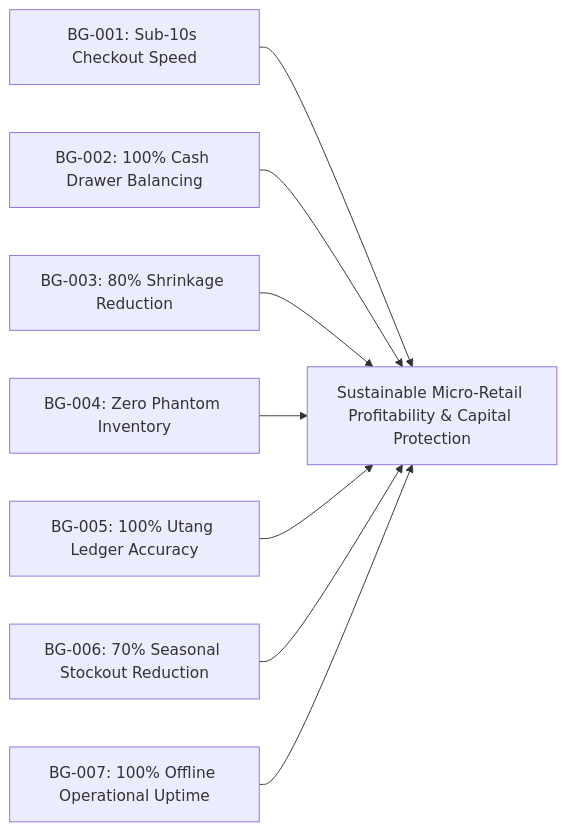
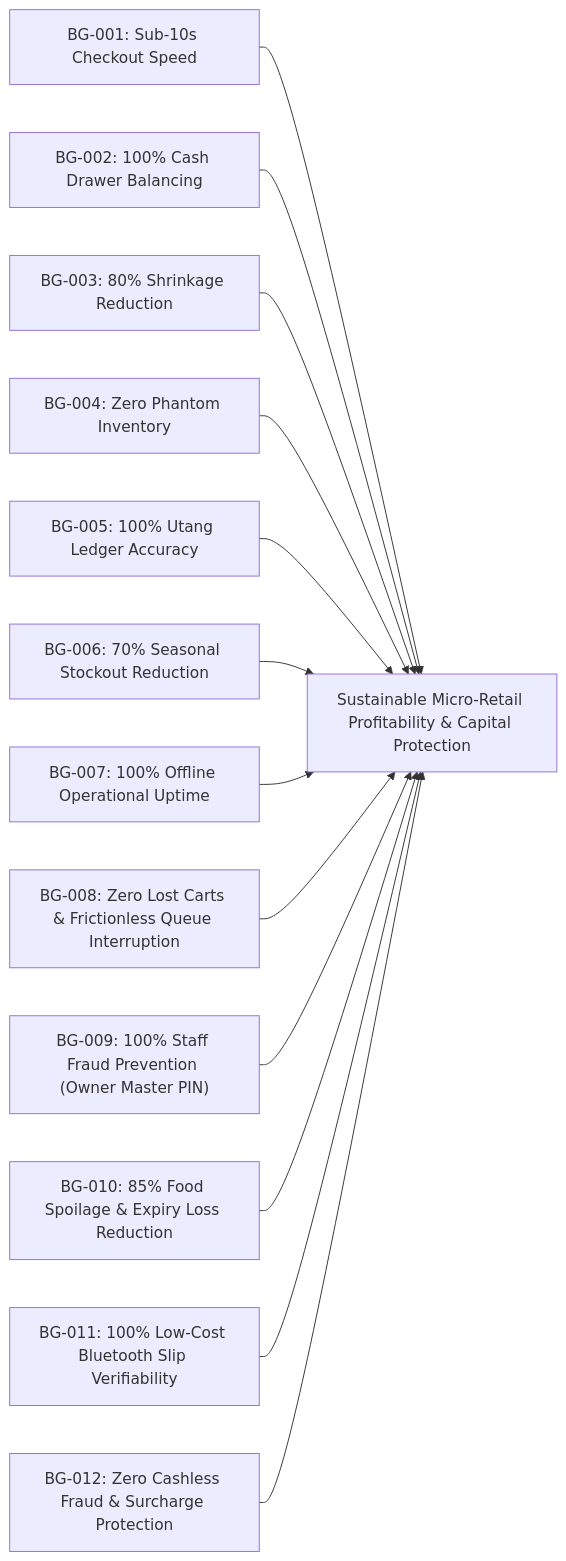
The second of 2 diagrams in BUSINESS_REQUIREMENTS.md (dleiszarjeisalther/startup-tindahan-helper), drawn with Mermaid before and after one commit. The commit also changed other lines of this file and 37 other files, not shown here.

````diff
--- a/BUSINESS_REQUIREMENTS.md
+++ b/BUSINESS_REQUIREMENTS.md
@@ -100,18 +107,28 @@
 ```mermaid
 graph LR
     BG1["BG-001: Sub-10s Checkout Speed"]
     BG2["BG-002: 100% Cash Drawer Balancing"]
     BG3["BG-003: 80% Shrinkage Reduction"]
     BG4["BG-004: Zero Phantom Inventory"]
     BG5["BG-005: 100% Utang Ledger Accuracy"]
     BG6["BG-006: 70% Seasonal Stockout Reduction"]
     BG7["BG-007: 100% Offline Operational Uptime"]
+    BG8["BG-008: Zero Lost Carts & Frictionless Queue Interruption"]
+    BG9["BG-009: 100% Staff Fraud Prevention (Owner Master PIN)"]
+    BG10["BG-010: 85% Food Spoilage & Expiry Loss Reduction"]
+    BG11["BG-011: 100% Low-Cost Bluetooth Slip Verifiability"]
+    BG12["BG-012: Zero Cashless Fraud & Surcharge Protection"]
 
     BG1 --> SUCCESS["Sustainable Micro-Retail Profitability & Capital Protection"]
     BG2 --> SUCCESS
     BG3 --> SUCCESS
     BG4 --> SUCCESS
     BG5 --> SUCCESS
     BG6 --> SUCCESS
     BG7 --> SUCCESS
+    BG8 --> SUCCESS
+    BG9 --> SUCCESS
+    BG10 --> SUCCESS
+    BG11 --> SUCCESS
+    BG12 --> SUCCESS
 ```
````
